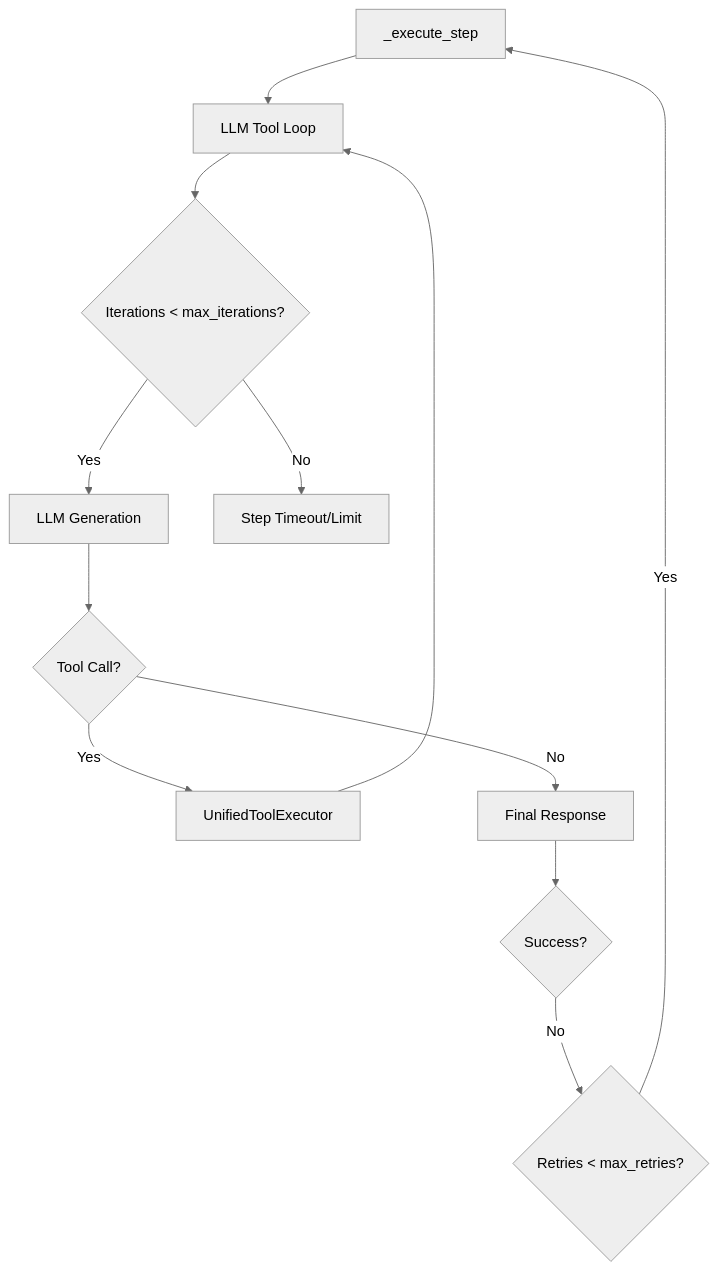
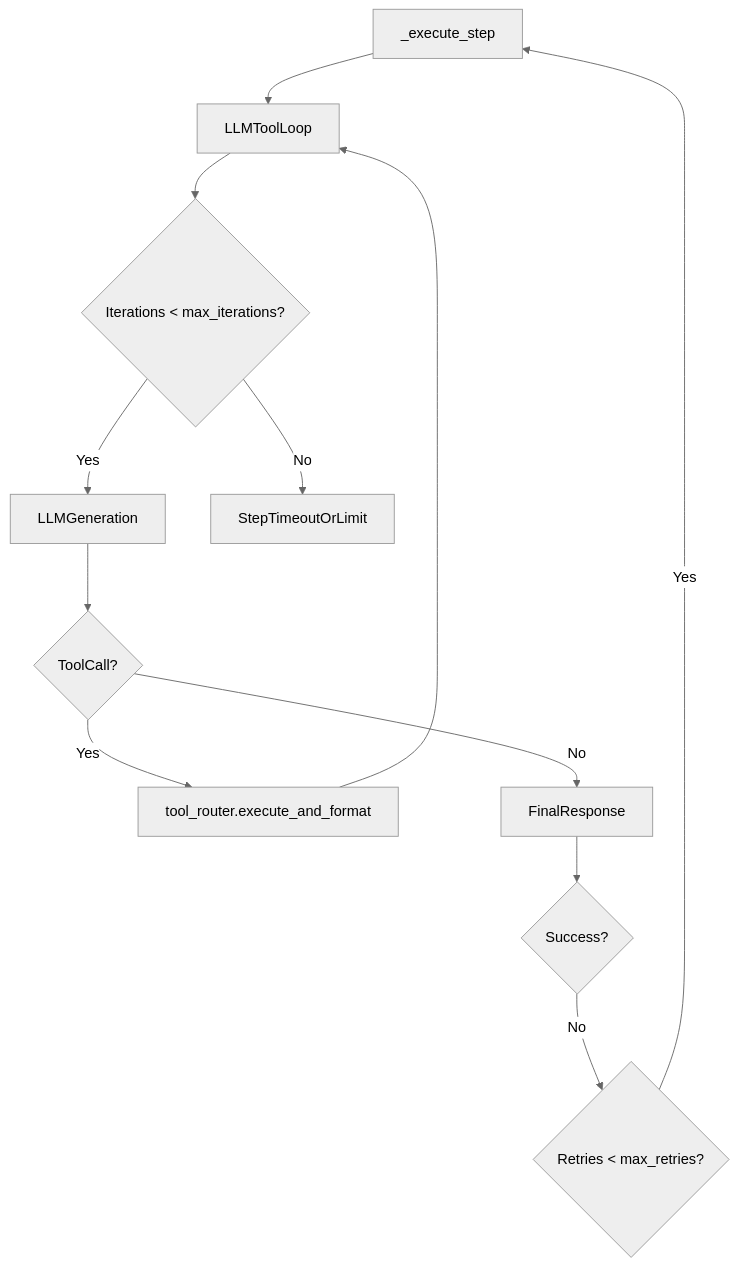
The third of 5 diagrams in docs/workflows-recipes/execution-configuration.md (AutomatosAI/automatos-ai), drawn with Mermaid (neutral theme) before and after one commit. The commit also changed other lines of this file and 191 other files, not shown here.

````diff
--- a/docs/workflows-recipes/execution-configuration.md
+++ b/docs/workflows-recipes/execution-configuration.md
@@ -105,16 +126,16 @@
 ```mermaid
 graph TB
-    Execute["_execute_step"] --> Loop["LLM Tool Loop"]
+    Execute["_execute_step"] --> Loop["LLMToolLoop"]
     Loop --> IterCheck{Iterations < max_iterations?}
-    IterCheck -->|Yes| Run["LLM Generation"]
-    IterCheck -->|No| FailStep["Step Timeout/Limit"]
+    IterCheck -->|Yes| Run["LLMGeneration"]
+    IterCheck -->|No| FailStep["StepTimeoutOrLimit"]
     
-    Run --> ToolCheck{Tool Call?}
-    ToolCheck -->|Yes| ToolExec["UnifiedToolExecutor"]
+    Run --> ToolCheck{ToolCall?}
+    ToolCheck -->|Yes| ToolExec["tool_router.execute_and_format"]
     ToolExec --> Loop
-    ToolCheck -->|No| Final["Final Response"]
+    ToolCheck -->|No| Final["FinalResponse"]
     
     Final --> SuccessCheck{Success?}
     SuccessCheck -->|No| RetryCheck{Retries < max_retries?}
     RetryCheck -->|Yes| Execute
 ```
````
